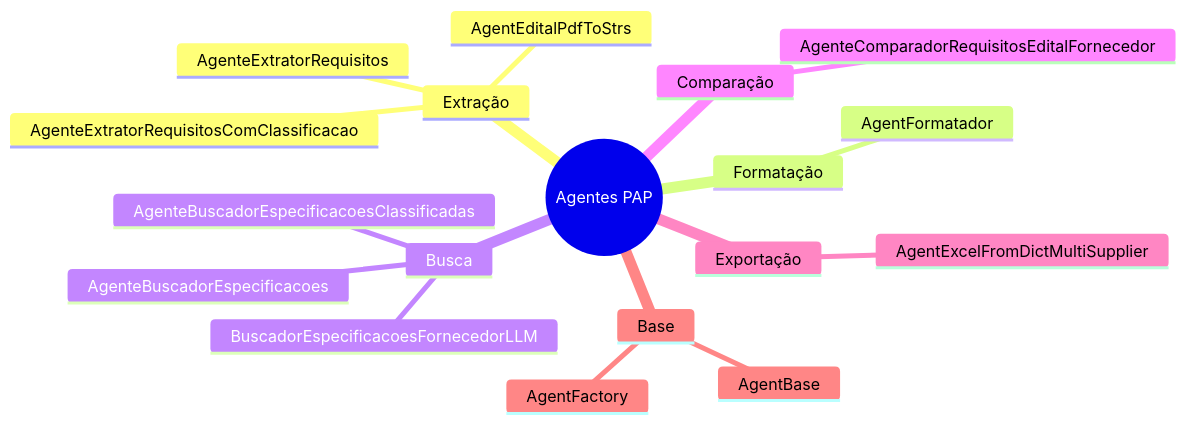
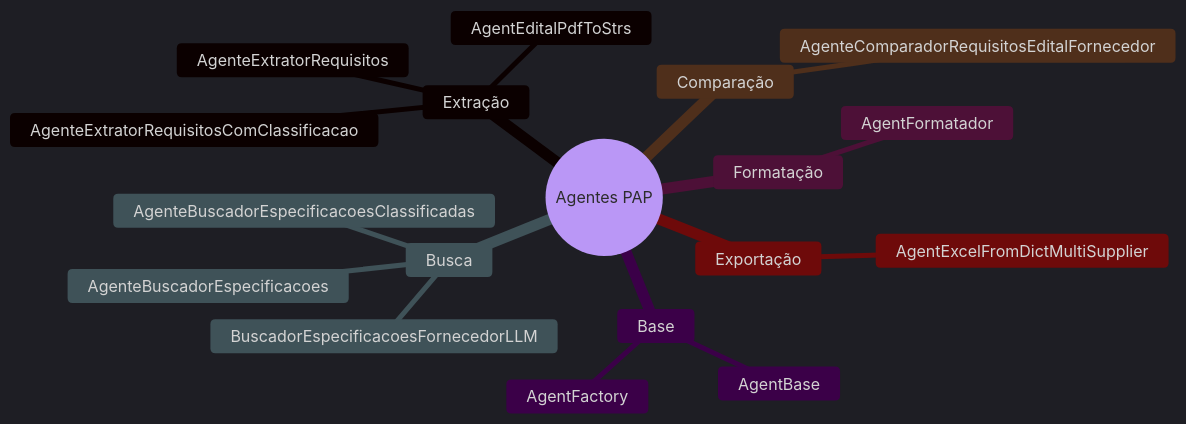
Before and after one commit to ElissonRodrigues/fluxograma: the fourth of 6 diagrams in README.md, drawn with Mermaid. The commit also changed other lines of this file, not shown here.

Commit message:
Update README with Mermaid diagrams and details

````diff
--- a/README.md
+++ b/README.md
@@ -118,23 +118,22 @@
 ```mermaid
+%%{init: {"theme": "dark", "themeVariables": {"primaryColor": "#1e40af", "primaryTextColor": "#ffffff", "primaryBorderColor": "#93c5fd", "lineColor": "#60a5fa", "secondaryColor": "#7c3aed", "tertiaryColor": "#059669", "background": "#1f2937", "mainBkg": "#1f2937", "secondBkg": "#374151", "tertiaryBkg": "#4b5563"}}}%%
 mindmap
   root((Agentes PAP))
     Extração
       AgentEditalPdfToStrs
       AgenteExtratorRequisitos
       AgenteExtratorRequisitosComClassificacao
     Formatação
       AgentFormatador
     Busca
       AgenteBuscadorEspecificacoes
       AgenteBuscadorEspecificacoesClassificadas
       BuscadorEspecificacoesFornecedorLLM
     Comparação
       AgenteComparadorRequisitosEditalFornecedor
     Exportação
       AgentExcelFromDictMultiSupplier
     Base
       AgentBase
       AgentFactory
-
-%%{init: {"mindmap": {"theme": "dark"}}}%%
 ```
````
